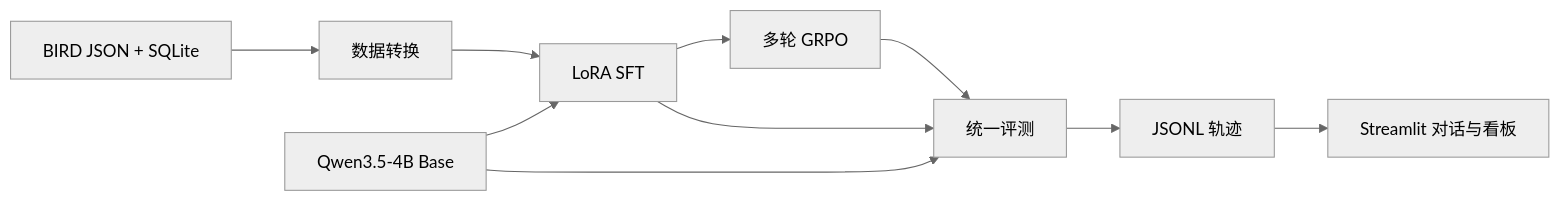
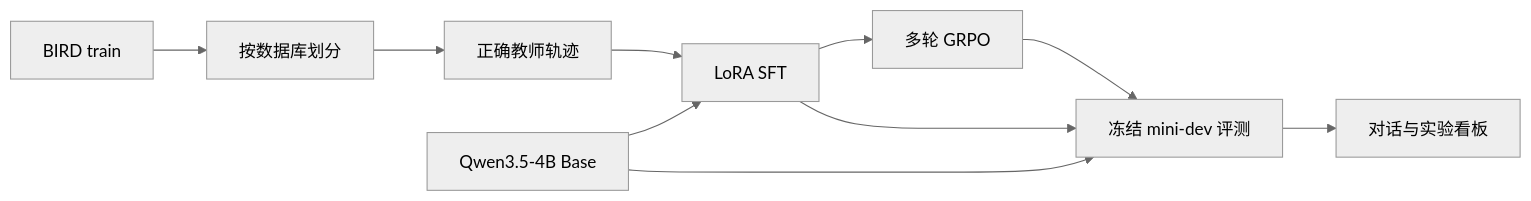
Before and after one commit to xychen0335/Research-Agent: the diagram in README.md, drawn with Mermaid (neutral theme). The commit also changed other lines of this file and 38 other files, not shown here.

````diff
--- a/README.md
+++ b/README.md
@@ -11,12 +9,12 @@
 ```mermaid
 flowchart LR
-    D[BIRD JSON + SQLite] --> P[数据转换]
-    P --> S[LoRA SFT]
+    D[BIRD train] --> X[按数据库划分]
+    X --> T[正确教师轨迹]
+    T --> S[LoRA SFT]
     S --> R[多轮 GRPO]
     B[Qwen3.5-4B Base] --> S
-    B --> E[统一评测]
+    B --> E[冻结 mini-dev 评测]
     S --> E
     R --> E
-    E --> O[JSONL 轨迹]
-    O --> U[Streamlit 对话与看板]
+    E --> U[对话与实验看板]
 ```
````
